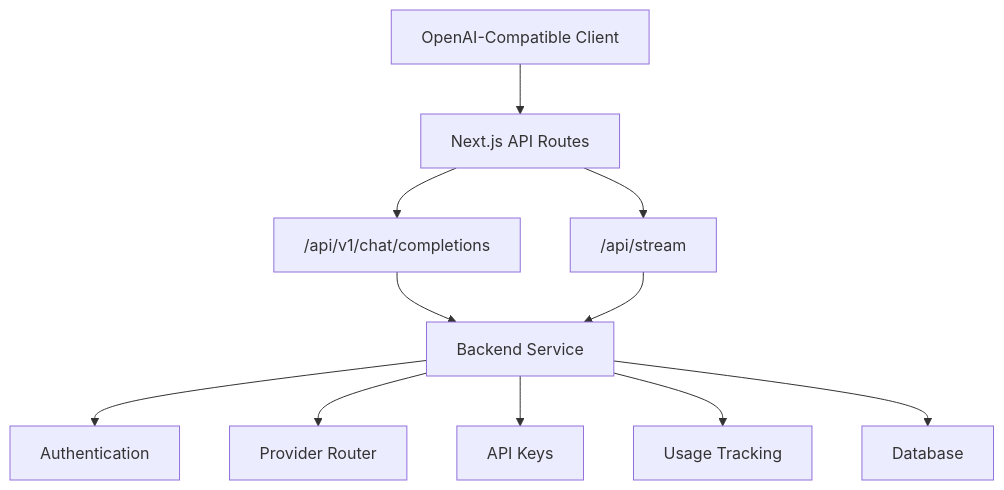
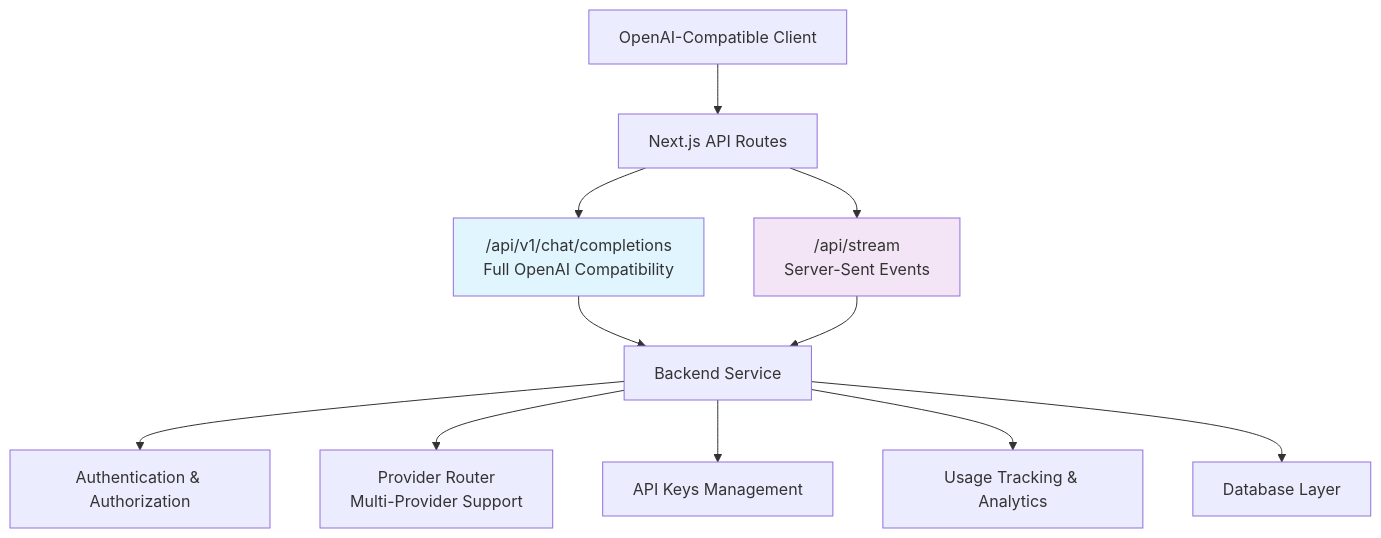
Before and after one commit to HassanAmeer/cheaprouter: the first of 8 diagrams in .qoder/repowiki/en/content/Integration Guides/OpenAI Compatibility Layer.md, drawn with Mermaid. The commit also changed other lines of this file and 54 other files, not shown here.

````diff
--- a/.qoder/repowiki/en/content/Integration Guides/OpenAI Compatibility Layer.md
+++ b/.qoder/repowiki/en/content/Integration Guides/OpenAI Compatibility Layer.md
@@ -36,13 +46,15 @@
 ```mermaid
 graph TB
 Client["OpenAI-Compatible Client"] --> NextAPI["Next.js API Routes"]
-NextAPI --> ChatRoute["/api/v1/chat/completions"]
-NextAPI --> StreamRoute["/api/stream"]
-ChatRoute --> Backend["Backend Service"]
+NextAPI --> V1Endpoint["/api/v1/chat/completions<br/>Full OpenAI Compatibility"]
+NextAPI --> StreamRoute["/api/stream<br/>Server-Sent Events"]
+V1Endpoint --> Backend["Backend Service"]
 StreamRoute --> Backend
-Backend --> Auth["Authentication"]
-Backend --> Providers["Provider Router"]
-Backend --> Keys["API Keys"]
-Backend --> Usage["Usage Tracking"]
-Backend --> DB["Database"]
+Backend --> Auth["Authentication & Authorization"]
+Backend --> Providers["Provider Router<br/>Multi-Provider Support"]
+Backend --> Keys["API Keys Management"]
+Backend --> Usage["Usage Tracking & Analytics"]
+Backend --> DB["Database Layer"]
+style V1Endpoint fill:#e1f5fe
+style StreamRoute fill:#f3e5f5
 ```
````
